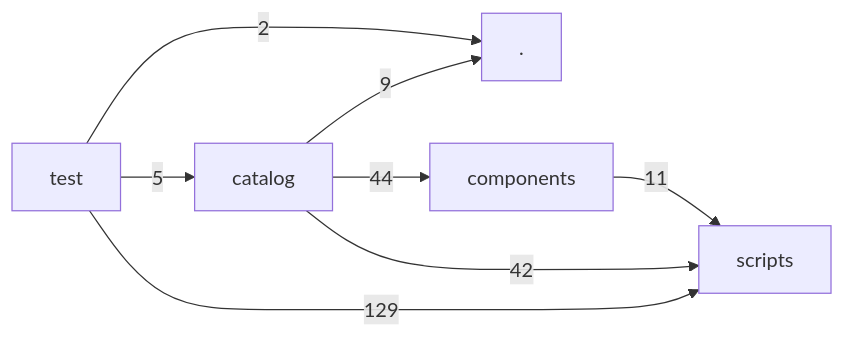
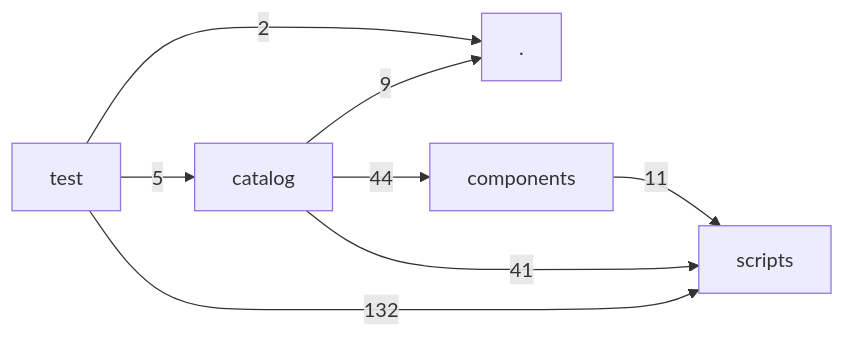
The diagram in docs/architecture/layers.md (hackersandwizards/documents), drawn with Mermaid before and after one commit. The commit also changed 47 other files, not shown here.

````diff
--- a/docs/architecture/layers.md
+++ b/docs/architecture/layers.md
@@ -3,15 +3,15 @@
 ```mermaid
 graph LR
   L0["."]
   L1["catalog"]
   L2["components"]
   L3["scripts"]
   L4["test"]
   L1 -->|9| L0
   L1 -->|44| L2
-  L1 -->|42| L3
+  L1 -->|41| L3
   L2 -->|11| L3
   L4 -->|2| L0
   L4 -->|5| L1
-  L4 -->|129| L3
+  L4 -->|132| L3
 ```
````
